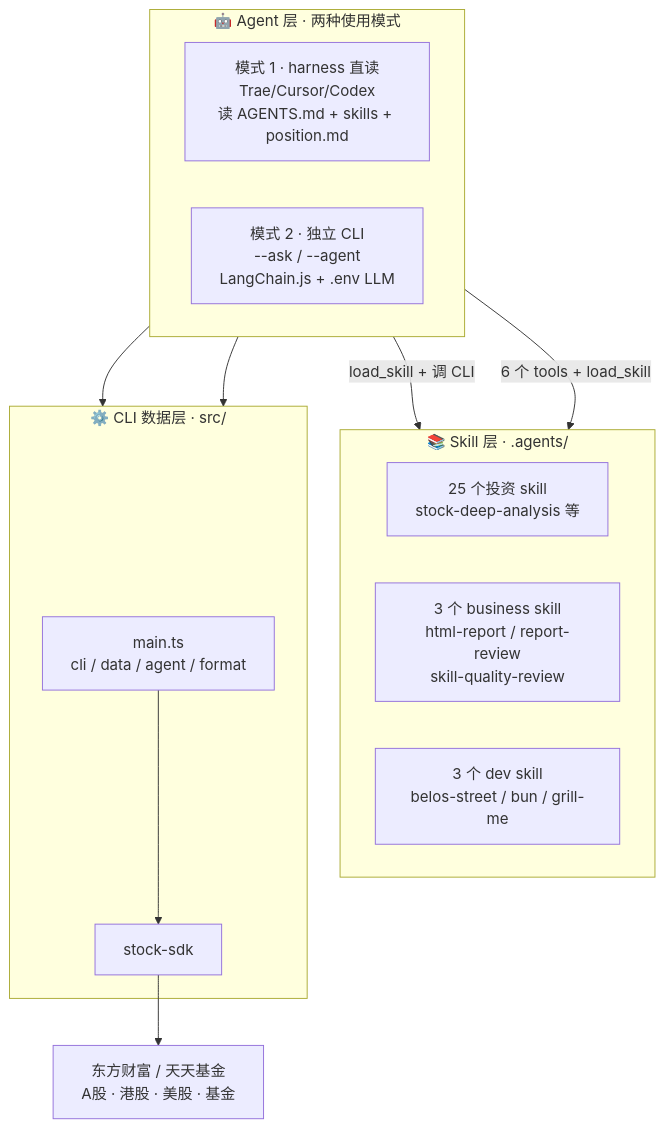
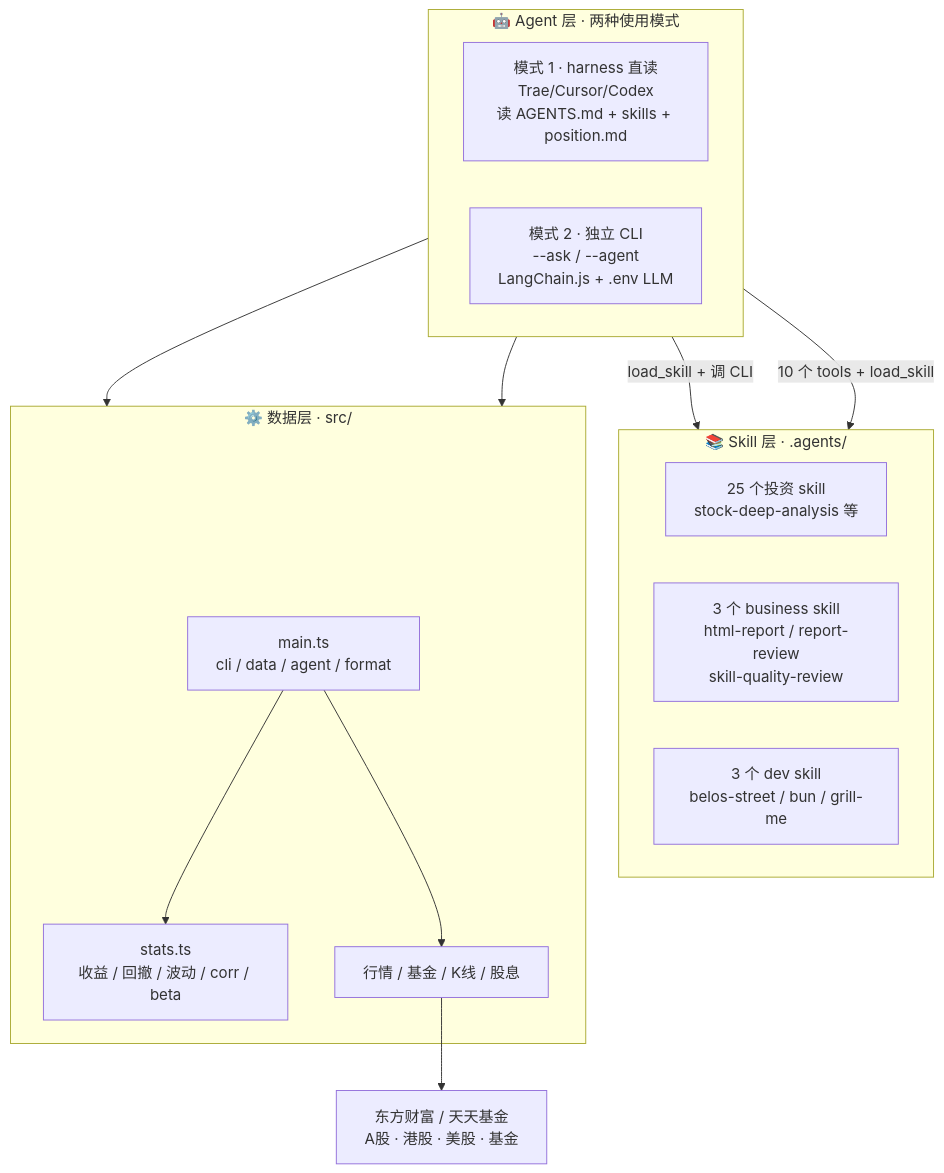
The diagram in README.md (belos-street/stock-analytics-agent), drawn with Mermaid before and after one commit. The commit also changed other lines of this file and 2 other files, not shown here.

````diff
--- a/README.md
+++ b/README.md
@@ -47,28 +54,30 @@
 ```mermaid
 graph TB
     subgraph Agent["🤖 Agent 层 · 两种使用模式"]
         direction LR
         M1["模式 1 · harness 直读<br/>Trae/Cursor/Codex<br/>读 AGENTS.md + skills + position.md"]
         M2["模式 2 · 独立 CLI<br/>--ask / --agent<br/>LangChain.js + .env LLM"]
     end
 
     subgraph Skill["📚 Skill 层 · .agents/"]
         S1["25 个投资 skill<br/>stock-deep-analysis 等"]
         S2["3 个 business skill<br/>html-report / report-review<br/>skill-quality-review"]
         S3["3 个 dev skill<br/>belos-street / bun / grill-me"]
     end
 
-    subgraph Data["⚙️ CLI 数据层 · src/"]
+    subgraph Data["⚙️ 数据层 · src/"]
         CLI["main.ts<br/>cli / data / agent / format"]
-        SDK["stock-sdk"]
+        STATS["stats.ts<br/>收益 / 回撤 / 波动 / corr / beta"]
+        SDK["行情 / 基金 / K线 / 股息"]
     end
 
     Market["东方财富 / 天天基金<br/>A股 · 港股 · 美股 · 基金"]
 
     M1 -->|"load_skill + 调 CLI"| Skill
-    M2 -->|"6 个 tools + load_skill"| Skill
+    M2 -->|"10 个 tools + load_skill"| Skill
     M1 --> Data
     M2 --> Data
+    CLI --> STATS
     CLI --> SDK
     SDK --> Market
 ```
````
